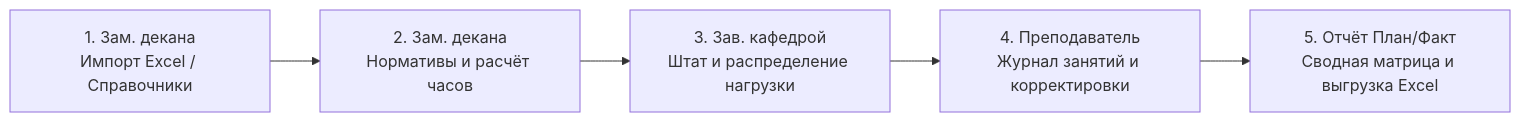
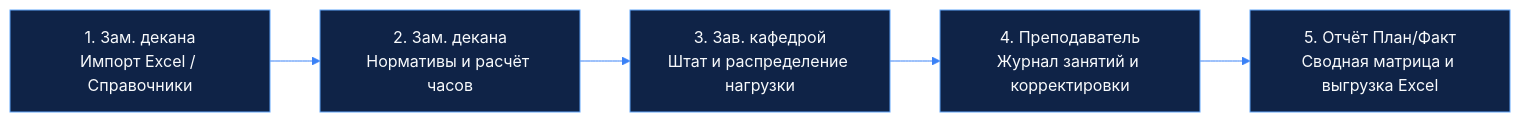
Before and after one commit to KovidIvan/TutorSys: the diagram in README.md, drawn with Mermaid. The commit also changed other lines of this file and 13 other files, not shown here.

````diff
--- a/README.md
+++ b/README.md
@@ -35,7 +35,8 @@
 ```mermaid
+%%{init: {'theme': 'base', 'themeVariables': { 'primaryColor': '#0f2347', 'primaryTextColor': '#f8fafc', 'primaryBorderColor': '#60a5fa', 'lineColor': '#3b82f6', 'secondaryColor': '#17366e', 'tertiaryColor': '#050b1a'}}}%%
 flowchart LR
     A["1. Зам. декана\nИмпорт Excel / Справочники"] --> B["2. Зам. декана\nНормативы и расчёт часов"]
     B --> C["3. Зав. кафедрой\nШтат и распределение нагрузки"]
     C --> D["4. Преподаватель\nЖурнал занятий и корректировки"]
     D --> E["5. Отчёт План/Факт\nСводная матрица и выгрузка Excel"]
 ```
````
